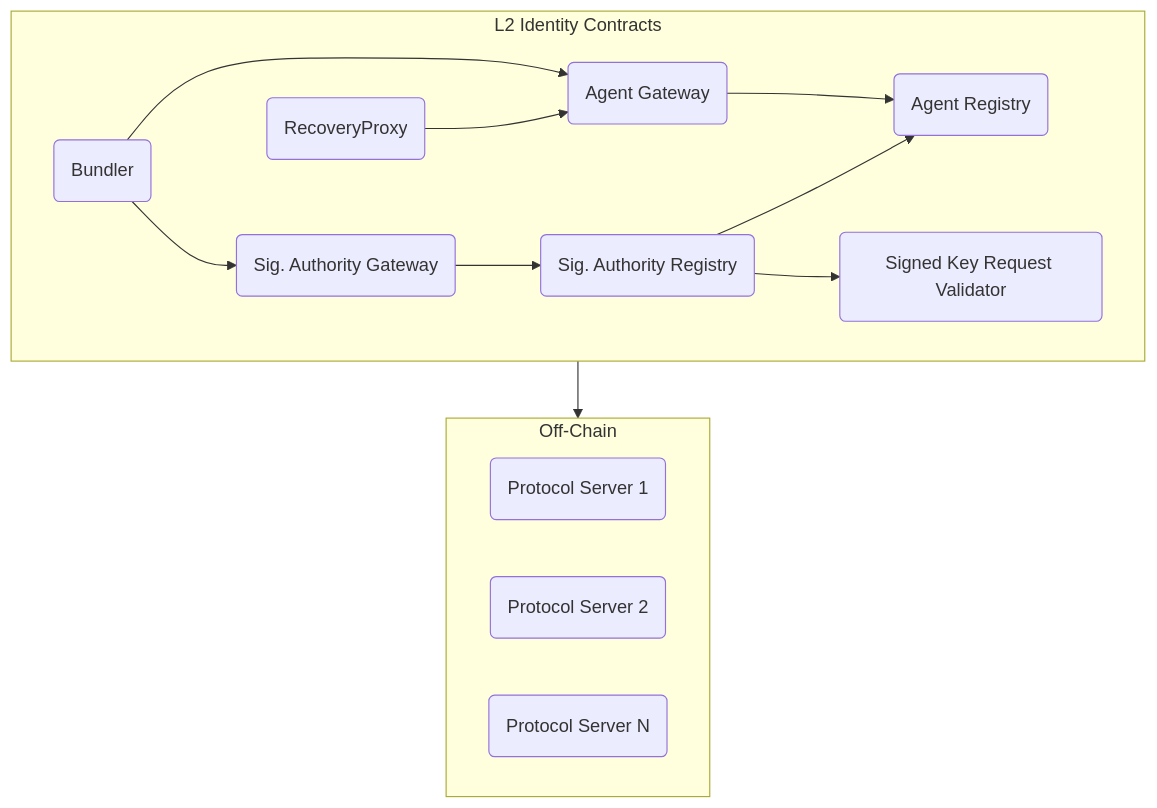
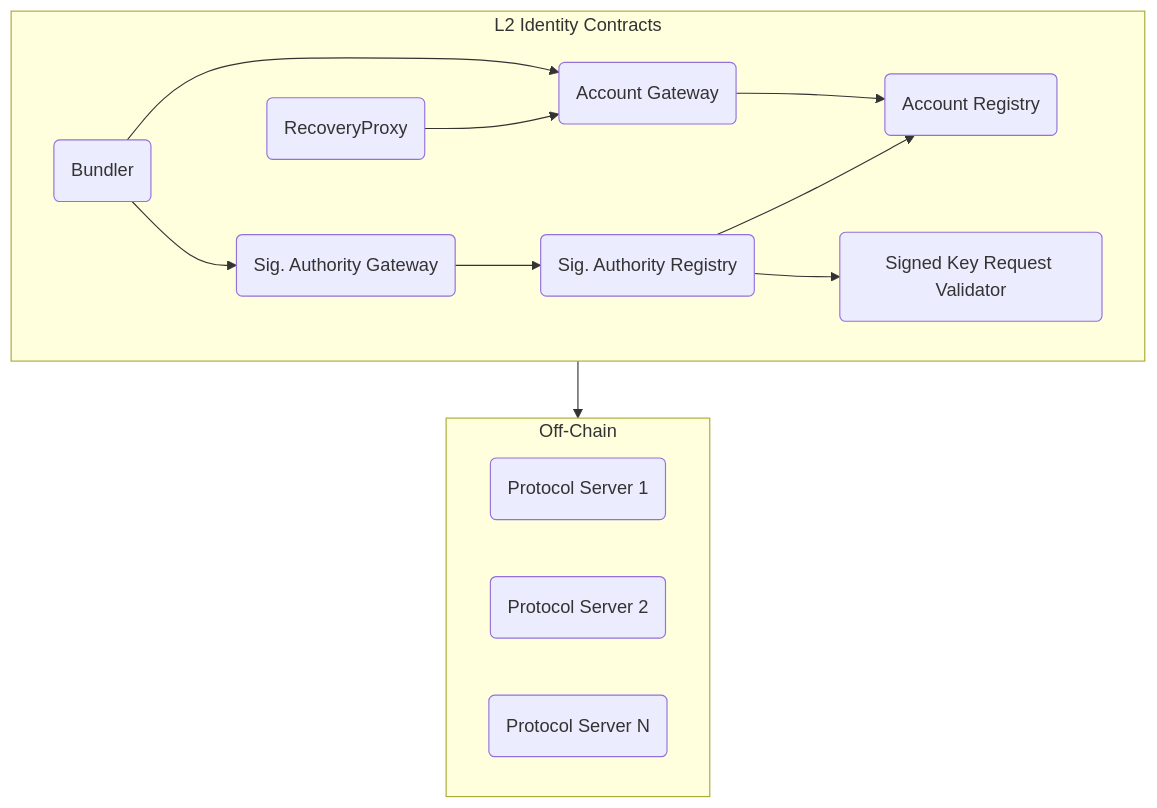
Before and after one commit to Palette-Labs-Inc/registry: the first of 3 diagrams in rfcs/00003-identity-contracts.md, drawn with Mermaid. The commit also changed other lines of this file and 12 other files, not shown here.

````diff
--- a/rfcs/00003-identity-contracts.md
+++ b/rfcs/00003-identity-contracts.md
@@ -30,21 +30,21 @@
 ```mermaid
 graph TD
 
     subgraph Nodes["Off-Chain"]
     Node(Protocol Server 1)
     Node2(Protocol Server 2)
     Node3(Protocol Server N)
     end
 
     subgraph ETHL2["L2 Identity Contracts"]
-    BN(Bundler) --> IG(Agent Gateway)
+    BN(Bundler) --> IG(Account Gateway)
     BN --> KG(Sig. Authority Gateway)
-    IG --> IR(Agent Registry)
+    IG --> IR(Account Registry)
     KG --> KR(Sig. Authority Registry)
     KR --> SKRV(Signed Key Request Validator)
     KR --> IR
     RP(RecoveryProxy) --> IG
 
     end
     ETHL2 --> Nodes
 ```
````
